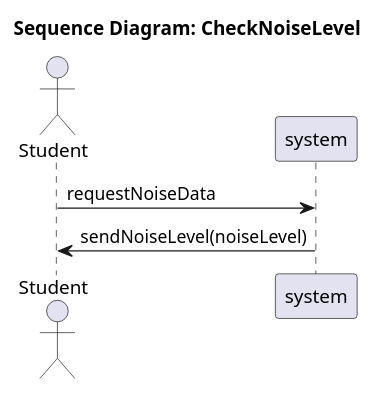
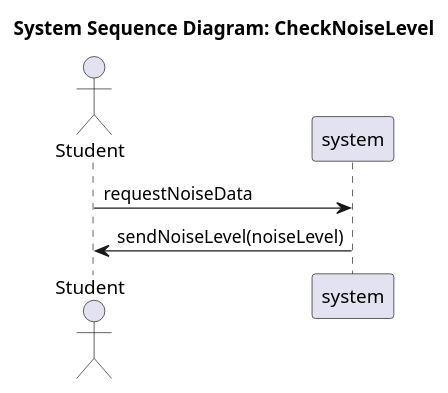
The diagram in Documentation/Analysis/ssds/StudyHelper_CheckNoiseLevel.ssd.puml (SEP4Real/SEP4), drawn with PlantUML before and after one commit. The commit also changed 26 other files, not shown here.

Commit message:
[Fix] Old diagram fixes

```diff
--- a/Documentation/Analysis/ssds/StudyHelper_CheckNoiseLevel.ssd.puml
+++ b/Documentation/Analysis/ssds/StudyHelper_CheckNoiseLevel.ssd.puml
@@ -1,8 +1,8 @@
 @startuml
-title Sequence Diagram: CheckNoiseLevel
+title System Sequence Diagram: CheckNoiseLevel
 actor "Student" as Actor
 participant "system" as System
 
 Actor -> System : requestNoiseData
 System -> Actor : sendNoiseLevel(noiseLevel)
 @enduml
```
